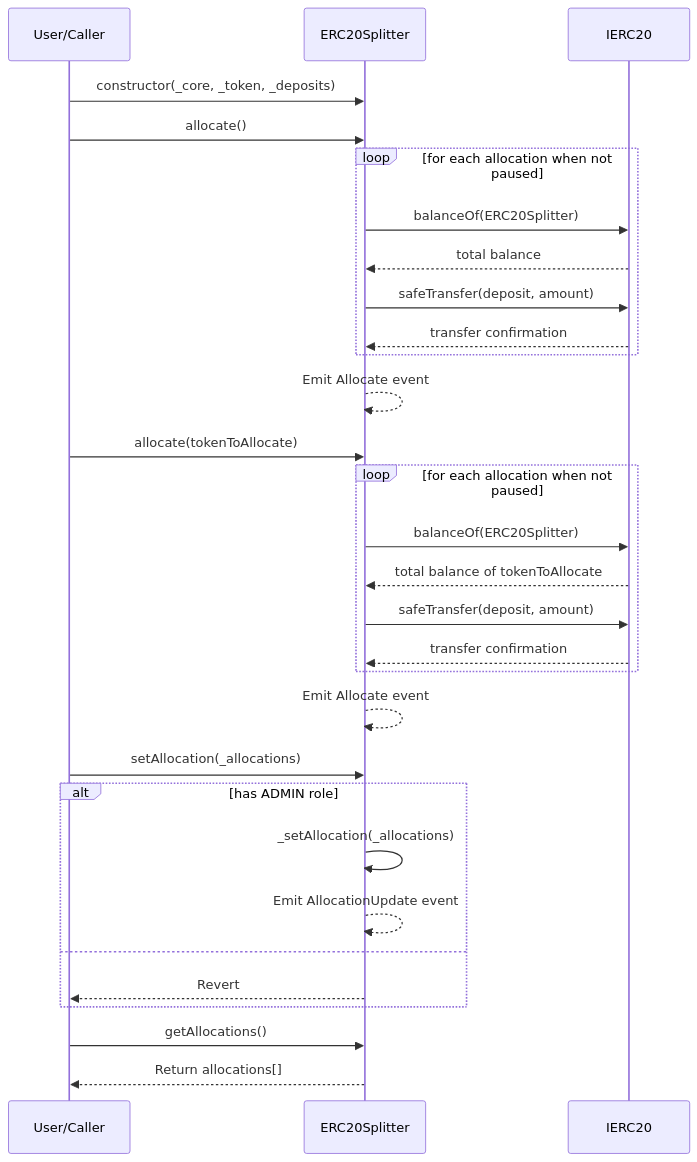
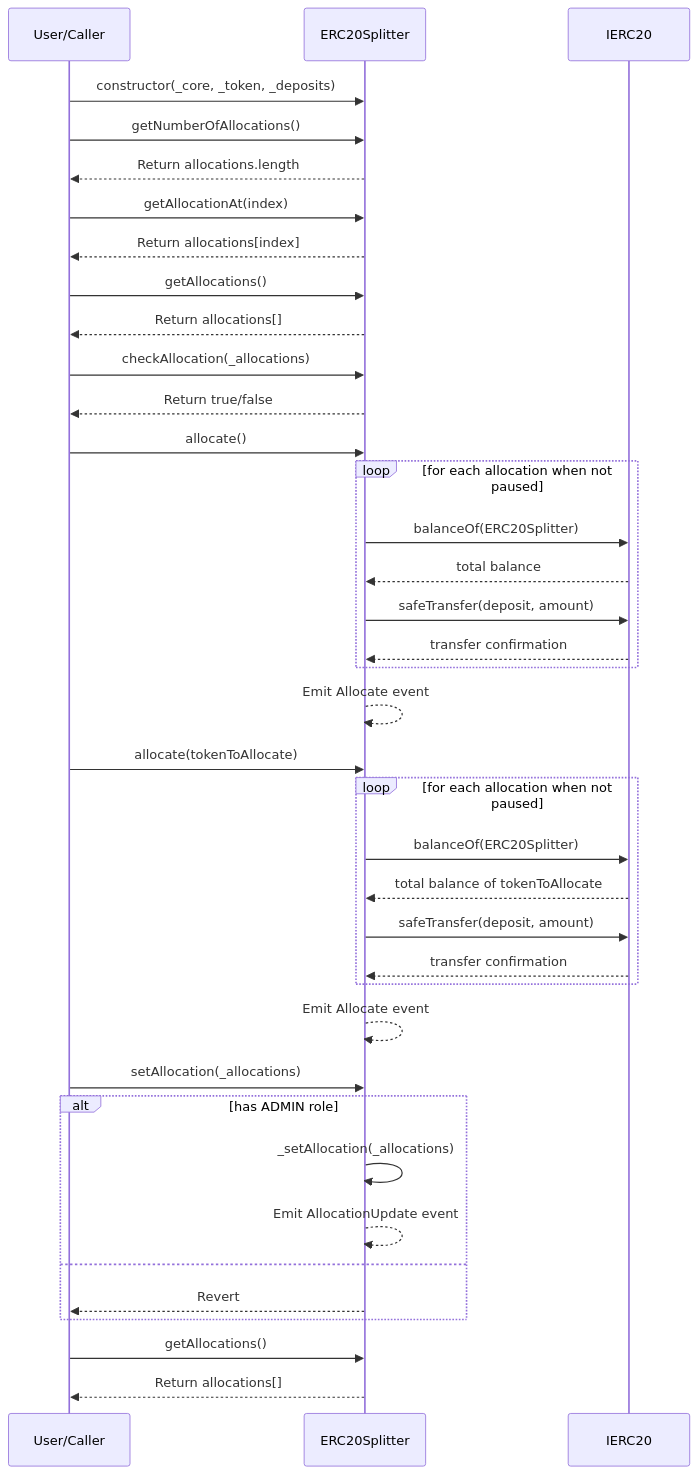
The second of 2 diagrams in doc/contracts/finance/ERC20Splitter.md (ZTX-Foundation/tuxedo), drawn with Mermaid before and after one commit. The commit also changed 5 other files, not shown here.

Commit message:
feat: updated sequence diagrams

````diff
--- a/doc/contracts/finance/ERC20Splitter.md
+++ b/doc/contracts/finance/ERC20Splitter.md
@@ -19,37 +19,49 @@
 ```mermaid
 sequenceDiagram
     participant User as User/Caller
     participant ERC20Splitter
     participant IERC20
 
     User->>ERC20Splitter: constructor(_core, _token, _deposits)
+    
+    User->>ERC20Splitter: getNumberOfAllocations()
+    ERC20Splitter-->>User: Return allocations.length
+    
+    User->>ERC20Splitter: getAllocationAt(index)
+    ERC20Splitter-->>User: Return allocations[index]
+    
+    User->>ERC20Splitter: getAllocations()
+    ERC20Splitter-->>User: Return allocations[]
+    
+    User->>ERC20Splitter: checkAllocation(_allocations)
+    ERC20Splitter-->>User: Return true/false
 
     User->>ERC20Splitter: allocate()
     loop for each allocation when not paused
         ERC20Splitter->>IERC20: balanceOf(ERC20Splitter)
         IERC20-->>ERC20Splitter: total balance
         ERC20Splitter->>IERC20: safeTransfer(deposit, amount)
         IERC20-->>ERC20Splitter: transfer confirmation
     end
     ERC20Splitter-->>ERC20Splitter: Emit Allocate event
 
     User->>ERC20Splitter: allocate(tokenToAllocate)
     loop for each allocation when not paused
         ERC20Splitter->>IERC20: balanceOf(ERC20Splitter)
         IERC20-->>ERC20Splitter: total balance of tokenToAllocate
         ERC20Splitter->>IERC20: safeTransfer(deposit, amount)
         IERC20-->>ERC20Splitter: transfer confirmation
     end
     ERC20Splitter-->>ERC20Splitter: Emit Allocate event
 
     User->>ERC20Splitter: setAllocation(_allocations)
     alt has ADMIN role
         ERC20Splitter->>ERC20Splitter: _setAllocation(_allocations)
         ERC20Splitter-->>ERC20Splitter: Emit AllocationUpdate event
     else
         ERC20Splitter-->>User: Revert
     end
 
     User->>ERC20Splitter: getAllocations()
     ERC20Splitter-->>User: Return allocations[]
 ```
````
